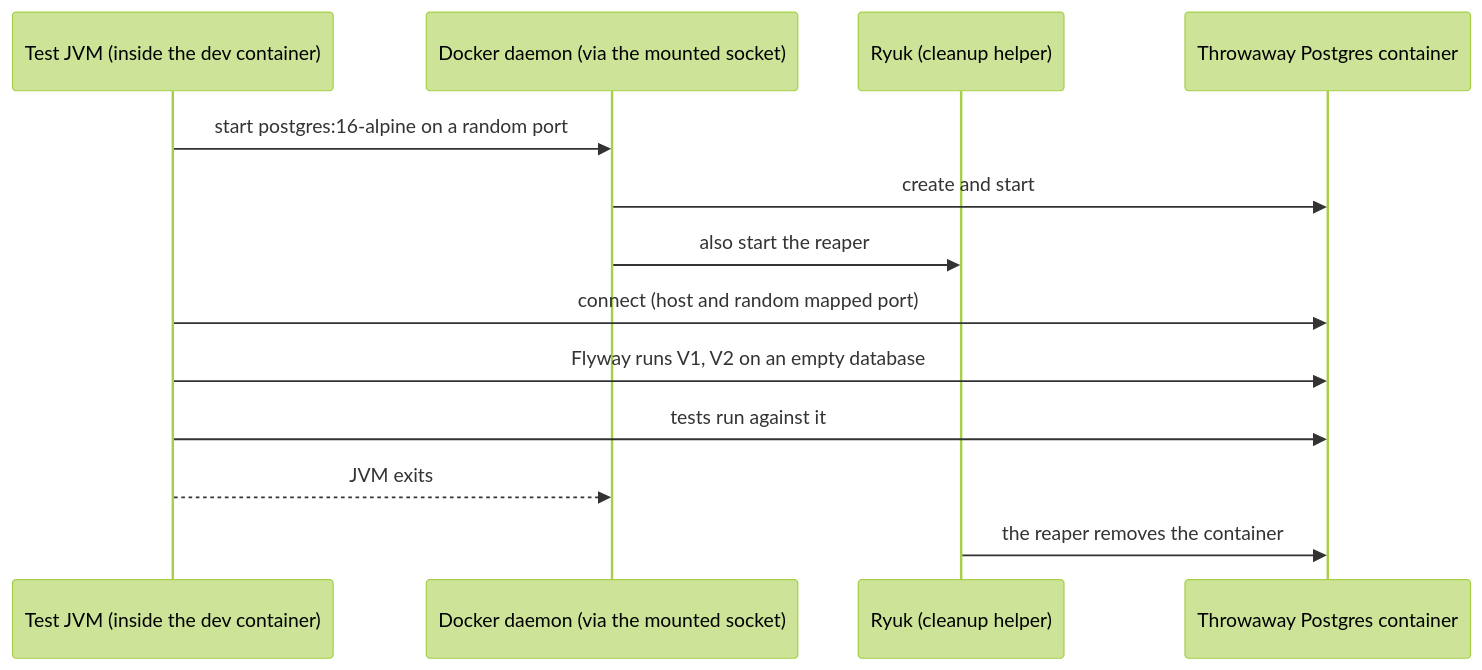
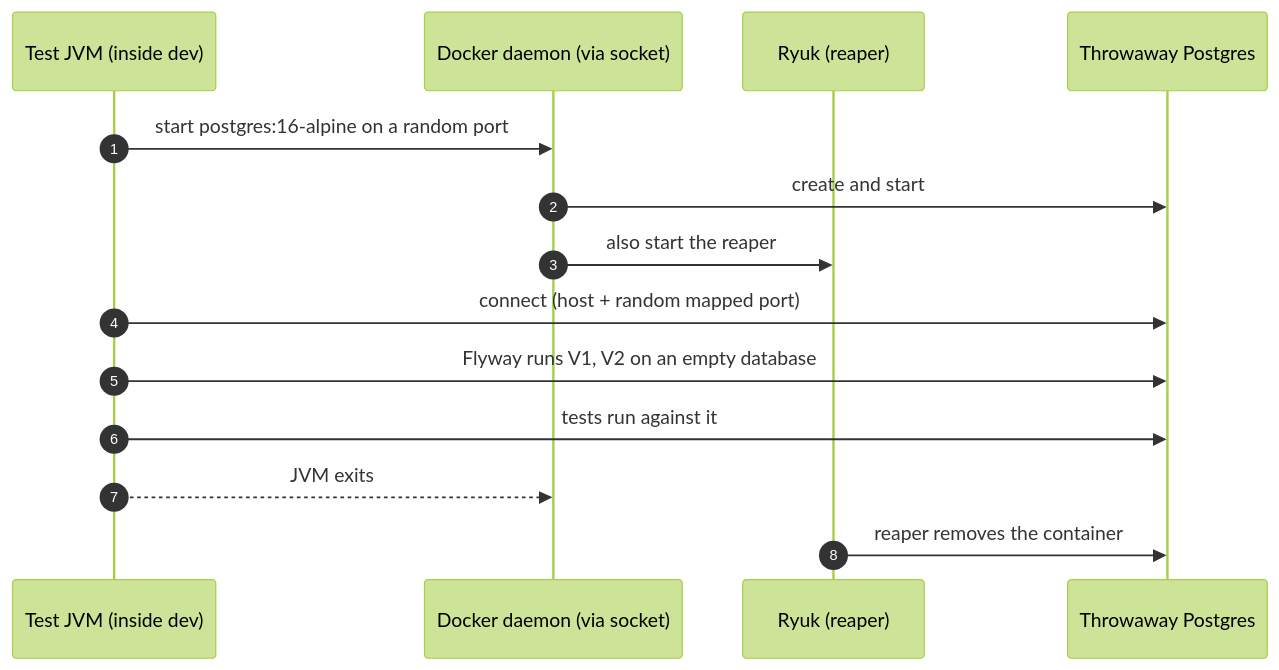
Before and after one commit to Sriram-Karthick-k/progress-tracker: the second of 2 diagrams in content/notes/spring-boot-system-design/02-persistence/testcontainers-and-jpa-tests.md, drawn with Mermaid (forest theme). The commit also changed other lines of this file and 18 other files, not shown here.

````diff
--- a/content/notes/spring-boot-system-design/02-persistence/testcontainers-and-jpa-tests.md
+++ b/content/notes/spring-boot-system-design/02-persistence/testcontainers-and-jpa-tests.md
@@ -15,15 +53,16 @@
 ```mermaid
 sequenceDiagram
-  participant T as Test JVM (inside the dev container)
-  participant D as Docker daemon (via the mounted socket)
-  participant R as Ryuk (cleanup helper)
-  participant PG as Throwaway Postgres container
+  autonumber
+  participant T as Test JVM (inside dev)
+  participant D as Docker daemon (via socket)
+  participant R as Ryuk (reaper)
+  participant PG as Throwaway Postgres
   T->>D: start postgres:16-alpine on a random port
   D->>PG: create and start
   D->>R: also start the reaper
-  T->>PG: connect (host and random mapped port)
+  T->>PG: connect (host + random mapped port)
   T->>PG: Flyway runs V1, V2 on an empty database
   T->>PG: tests run against it
   T-->>D: JVM exits
-  R->>PG: the reaper removes the container
+  R->>PG: reaper removes the container
 ```
````
